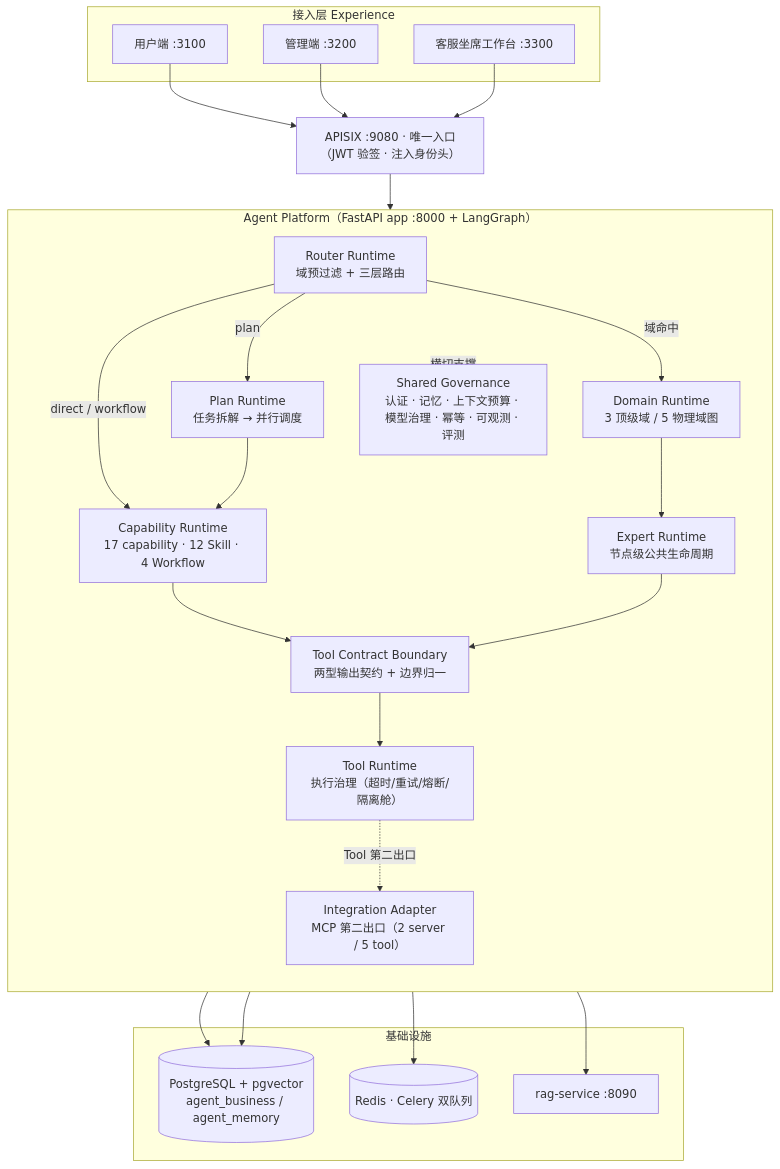
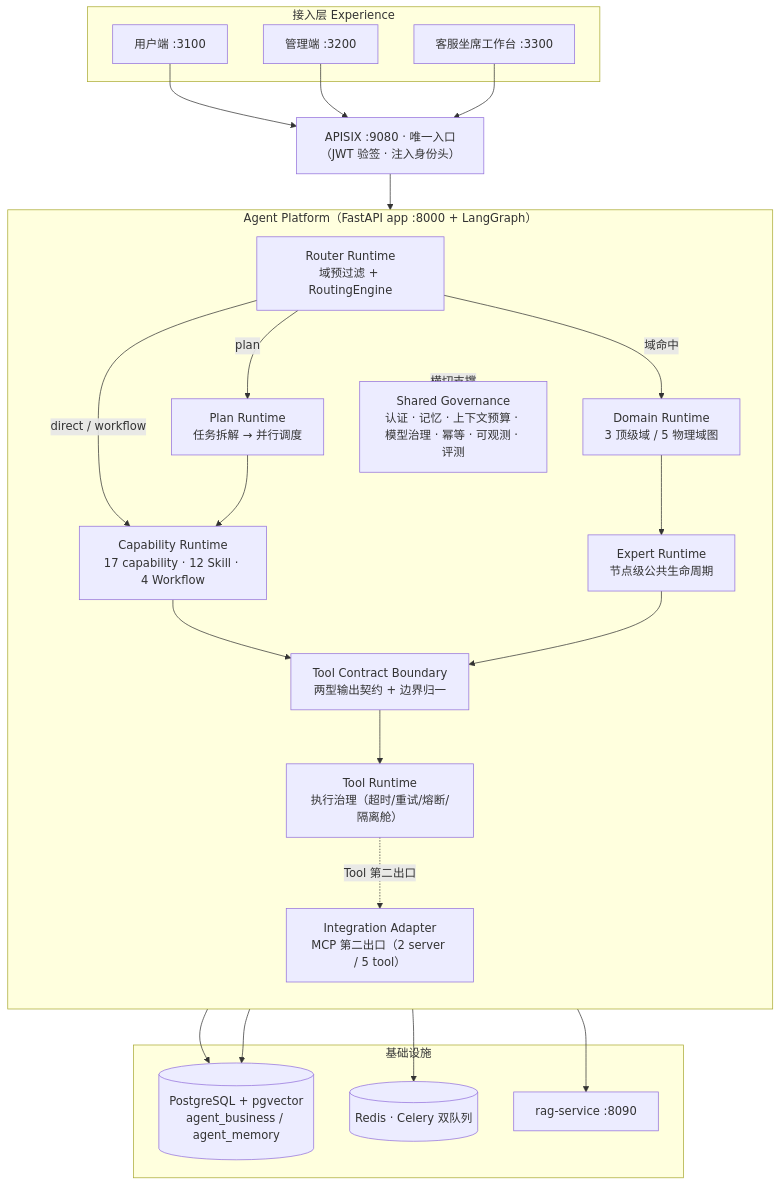
The first of 2 diagrams in docs/architecture/Architecture-Baseline.md (Jayus-07/agent), drawn with Mermaid before and after one commit. The commit also changed other lines of this file and 6 other files, not shown here.

First line of the commit message:
docs(routing): 路由层收口文档同步——RoutingEngine 六阶段口径替换三层路由残留

````diff
--- a/docs/architecture/Architecture-Baseline.md
+++ b/docs/architecture/Architecture-Baseline.md
@@ -12,48 +14,48 @@
 ```mermaid
 flowchart TB
     subgraph EXP["接入层 Experience"]
         WEB["用户端 :3100"]
         ADM["管理端 :3200"]
         CSW["客服坐席工作台 :3300"]
     end
 
     GW["APISIX :9080 · 唯一入口（JWT 验签 · 注入身份头）"]
 
     subgraph PLAT["Agent Platform（FastAPI app :8000 + LangGraph）"]
         direction TB
-        RR["Router Runtime<br/>域预过滤 + 三层路由"]
+        RR["Router Runtime<br/>域预过滤 + RoutingEngine"]
         DR["Domain Runtime<br/>3 顶级域 / 5 物理域图"]
         CR["Capability Runtime<br/>17 capability · 12 Skill · 4 Workflow"]
         PR["Plan Runtime<br/>任务拆解 → 并行调度"]
         ER["Expert Runtime<br/>节点级公共生命周期"]
         TCB["Tool Contract Boundary<br/>两型输出契约 + 边界归一"]
         TR["Tool Runtime<br/>执行治理（超时/重试/熔断/隔离舱）"]
         MCP["Integration Adapter<br/>MCP 第二出口（2 server / 5 tool）"]
         GOV["Shared Governance<br/>认证 · 记忆 · 上下文预算 · 模型治理 · 幂等 · 可观测 · 评测"]
     end
 
     subgraph INFRA["基础设施"]
         PG[("PostgreSQL + pgvector<br/>agent_business / agent_memory")]
         RD[("Redis · Celery 双队列")]
         RAGS["rag-service :8090"]
     end
 
     WEB --> GW
     ADM --> GW
     CSW --> GW
     GW --> PLAT
     RR -->|"域命中"| DR
     RR -->|"direct / workflow"| CR
     RR -->|"plan"| PR
     PR --> CR
     CR --> TCB
     DR --> ER
     ER --> TCB
     TCB --> TR
     TR -.->|"Tool 第二出口"| MCP
     PLAT -.->|"横切支撑"| GOV
     CR --> RAGS
     CR --> PG
     PLAT --> PG
     PLAT --> RD
 ```
````
